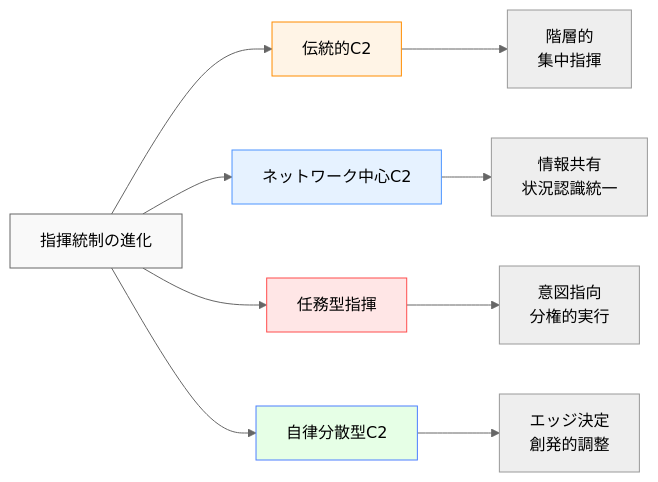
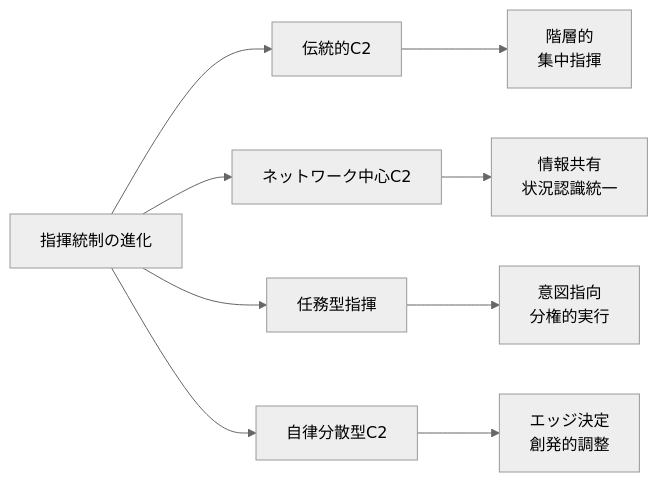
One commit to shuji-bonji/Situational-Awareness-and-Decision-Making changed the sixth of 10 diagrams in docs/applications/military-dm.md. Above: the diagram before and after it, drawn with Mermaid (neutral theme). The commit also changed other lines of this file and 49 other files, not shown here.

Commit message:
fix: ダークモードで見づらい図の色の変更

````diff
--- a/docs/applications/military-dm.md
+++ b/docs/applications/military-dm.md
@@ -277,18 +277,18 @@
 ```mermaid
 graph LR
     A[指揮統制の進化] --> B[伝統的C2]
     A --> C[ネットワーク中心C2]
     A --> D[任務型指揮]
     A --> E[自律分散型C2]
     
     B --> B1[階層的<br>集中指揮]
     C --> C1[情報共有<br>状況認識統一]
     D --> D1[意図指向<br>分権的実行]
     E --> E1[エッジ決定<br>創発的調整]
     
-    style A fill:#f9f9f9,stroke:#666
-    style B fill:#fff4e6,stroke:#ff8c00
-    style C fill:#e6f2ff,stroke:#4d94ff
-    style D fill:#ffe6e6,stroke:#ff4d4d
-    style E fill:#e6ffe6,stroke:#4d7fff
+
+
+
+
+
 ```
````
